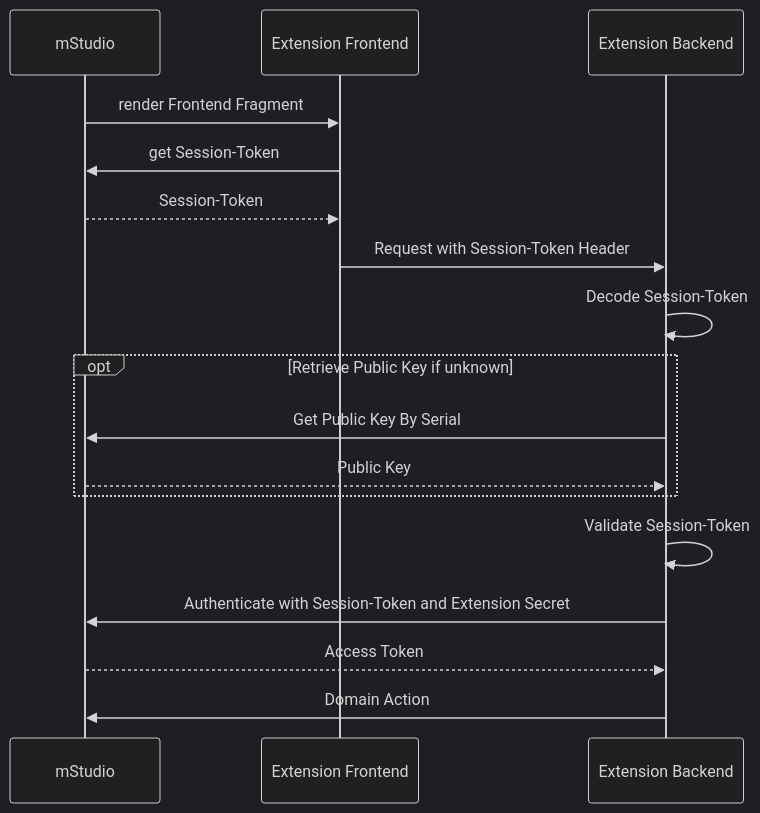
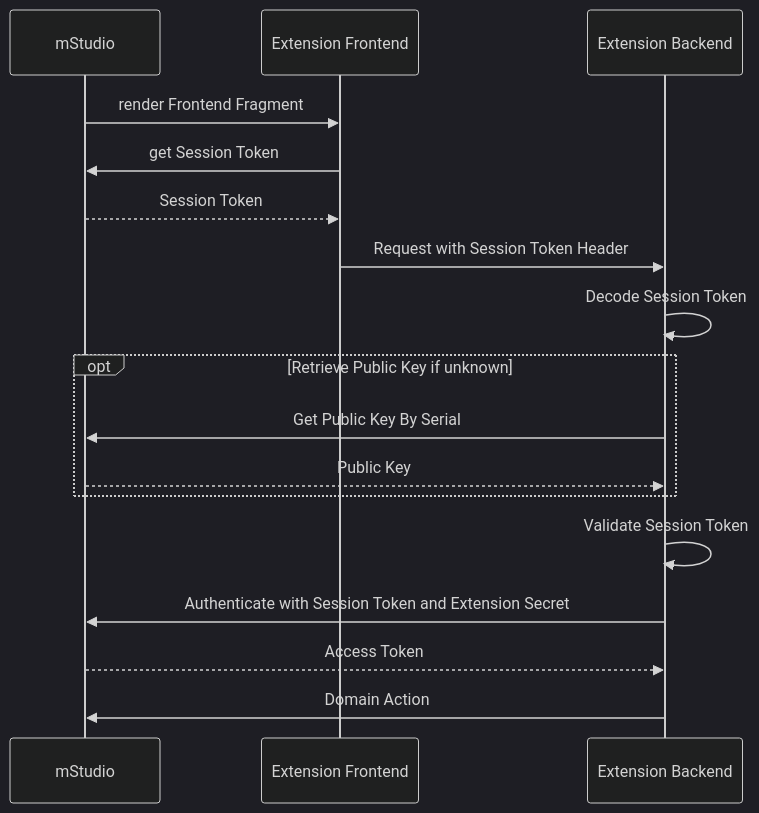
The diagram in docs/contribution/30-overview/3-concepts/4-fronend-development.mdx (mittwald/developer-portal), drawn with Mermaid (dark theme) before and after one commit. The commit also changed other lines of this file and 2 other files, not shown here.

````diff
--- a/docs/contribution/30-overview/3-concepts/4-fronend-development.mdx
+++ b/docs/contribution/30-overview/3-concepts/4-fronend-development.mdx
@@ -144,20 +160,20 @@
 ```mermaid
 sequenceDiagram
   participant mStudio
   participant ExtensionF as Extension Frontend
   participant ExtensionB as Extension Backend
 
   mStudio ->> ExtensionF: render Frontend Fragment
-  ExtensionF ->> mStudio: get Session-Token
-  mStudio -->> ExtensionF: Session-Token
-  ExtensionF ->> ExtensionB: Request with Session-Token Header
-  ExtensionB ->> ExtensionB: Decode Session-Token
+  ExtensionF ->> mStudio: get Session Token
+  mStudio -->> ExtensionF: Session Token
+  ExtensionF ->> ExtensionB: Request with Session Token Header
+  ExtensionB ->> ExtensionB: Decode Session Token
   opt Retrieve Public Key if unknown
     ExtensionB ->> mStudio: Get Public Key By Serial
     mStudio -->> ExtensionB: Public Key
   end
-  ExtensionB ->> ExtensionB: Validate Session-Token
-  ExtensionB ->> mStudio: Authenticate with Session-Token and Extension Secret
+  ExtensionB ->> ExtensionB: Validate Session Token
+  ExtensionB ->> mStudio: Authenticate with Session Token and Extension Secret
   mStudio -->> ExtensionB: Access Token
   ExtensionB ->> mStudio: Domain Action
 ```
````
